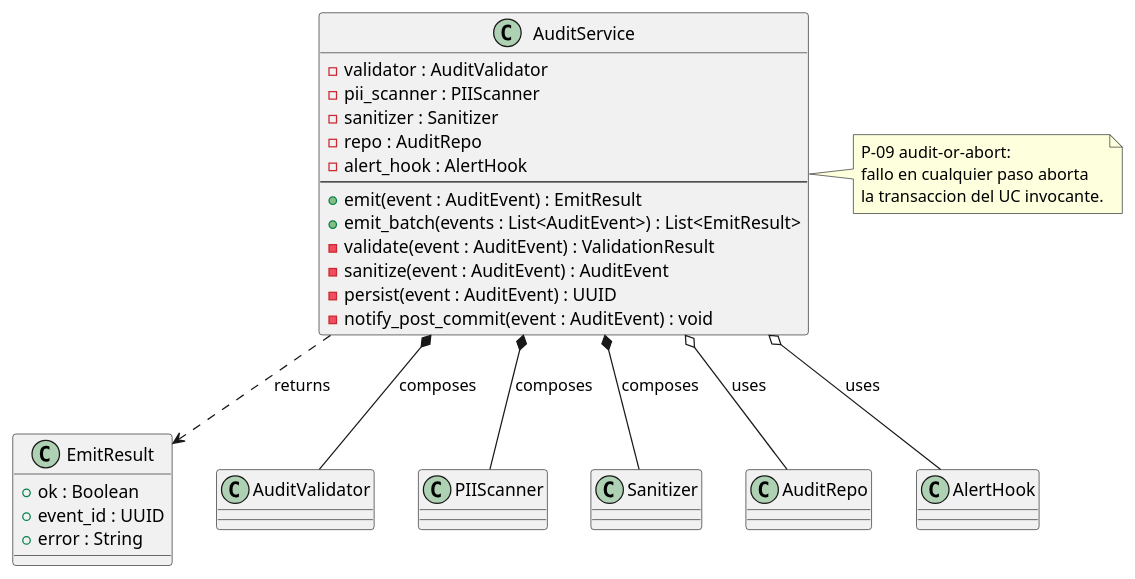
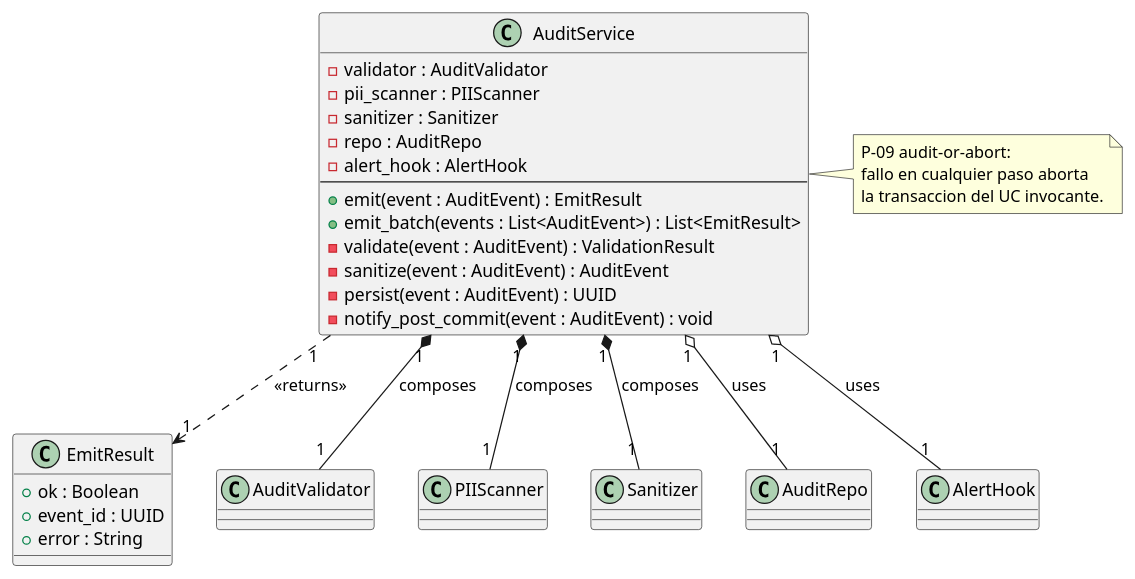
One commit to jcg-admin/IACT-docs changed the diagram in source/arquitectura-tecnica/domain-model/audit-service.rst. Above: the diagram before and after it, drawn with PlantUML. The commit also changed 27 other files, not shown here.

First line of the commit message:
Apply UML rigor pass batch 2: Audit + Alerts + RBAC repos

```diff
--- a/source/arquitectura-tecnica/domain-model/audit-service.rst
+++ b/source/arquitectura-tecnica/domain-model/audit-service.rst
@@ -31,47 +31,47 @@
 .. uml::
  :caption: Clase AuditService — fachada de emisión de eventos
            de auditoría con pipeline P-09.
 
  @startuml
 
  class AuditService {
    - validator : AuditValidator
    - pii_scanner : PIIScanner
    - sanitizer : Sanitizer
    - repo : AuditRepo
    - alert_hook : AlertHook
    --
    + emit(event : AuditEvent) : EmitResult
    + emit_batch(events : List<AuditEvent>) : List<EmitResult>
    - validate(event : AuditEvent) : ValidationResult
    - sanitize(event : AuditEvent) : AuditEvent
    - persist(event : AuditEvent) : UUID
    - notify_post_commit(event : AuditEvent) : void
  }
 
  class EmitResult {
    + ok : Boolean
    + event_id : UUID
    + error : String
  }
 
  class AuditValidator
  class PIIScanner
  class Sanitizer
  class AuditRepo
  class AlertHook
 
- AuditService *-- AuditValidator : composes
- AuditService *-- PIIScanner : composes
- AuditService *-- Sanitizer : composes
- AuditService o-- AuditRepo : uses
- AuditService o-- AlertHook : uses
- AuditService ..> EmitResult : returns
+ AuditService "1" *-- "1" AuditValidator : composes
+ AuditService "1" *-- "1" PIIScanner : composes
+ AuditService "1" *-- "1" Sanitizer : composes
+ AuditService "1" o-- "1" AuditRepo : uses
+ AuditService "1" o-- "1" AlertHook : uses
+ AuditService "1" ..> "1" EmitResult : <<returns>>
 
  note right of AuditService
    P-09 audit-or-abort:
    fallo en cualquier paso aborta
    la transaccion del UC invocante.
  end note
 
  @enduml
```
